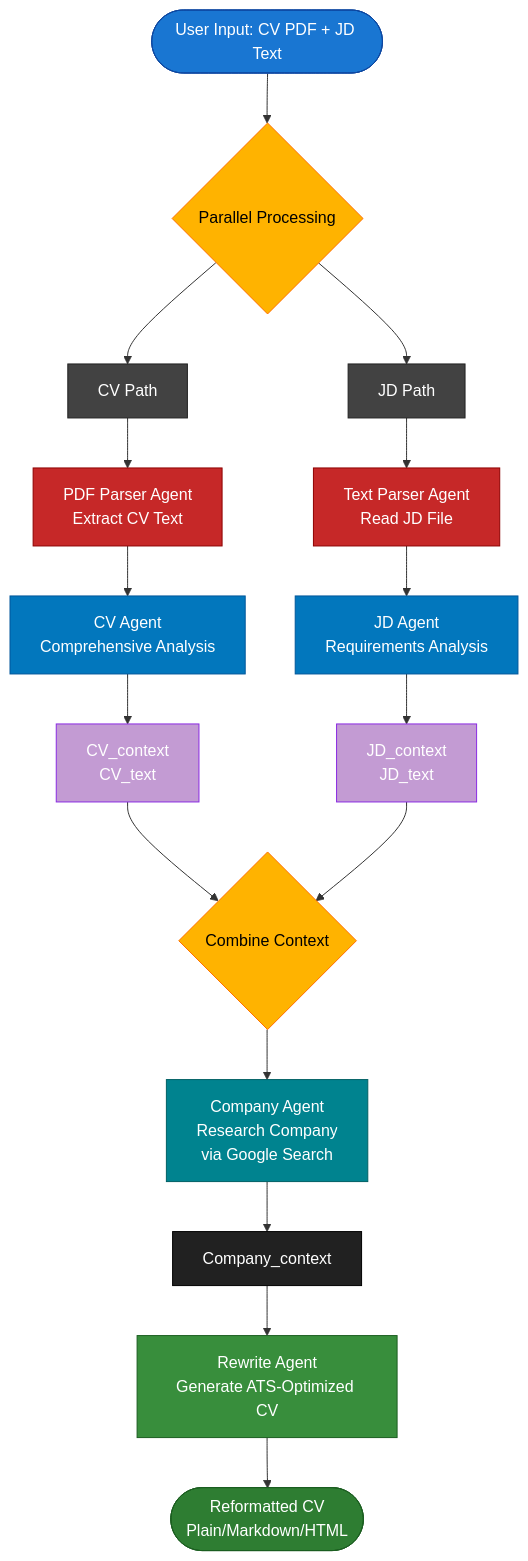
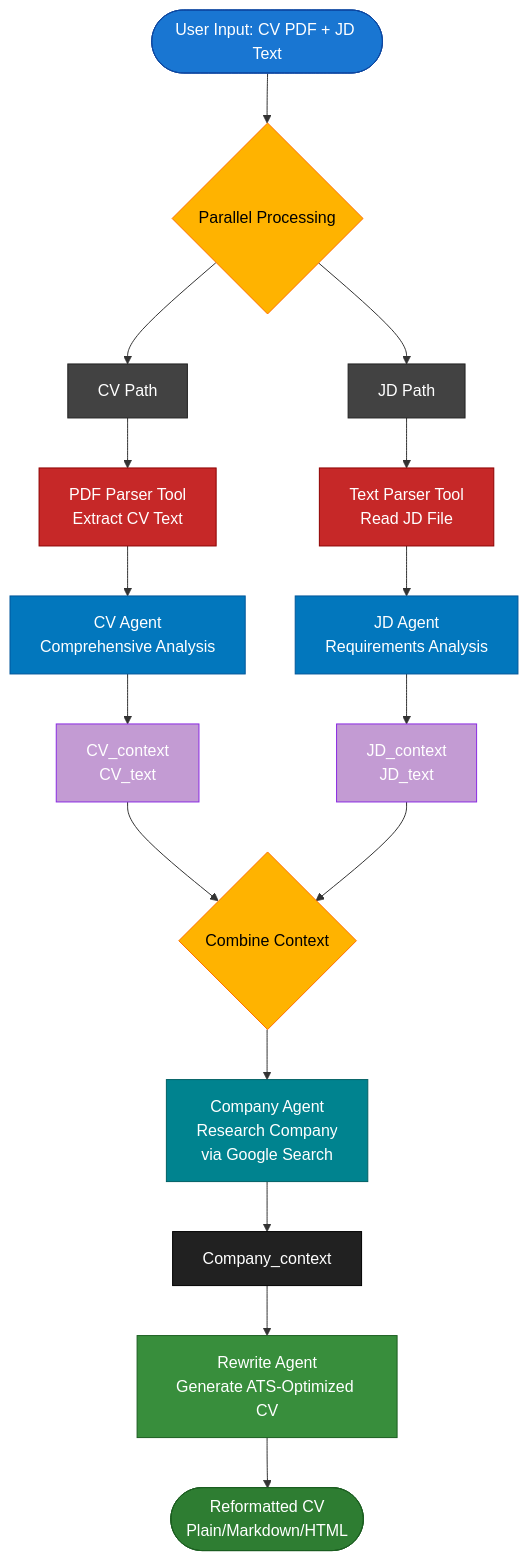
Before and after one commit to dkroy1746/CV_Rewriter_MultiAgent_Google_ADK_Project: the diagram in README.md, drawn with Mermaid. The commit also changed other lines of this file and 1 other file, not shown here.

````diff
--- a/README.md
+++ b/README.md
@@ -47,47 +44,47 @@
 ```mermaid
 graph TD
     Start([User Input: CV PDF + JD Text]) --> ParallelStart{Parallel Processing}
 
     ParallelStart --> CVPath[CV Path]
     ParallelStart --> JDPath[JD Path]
 
-    CVPath --> PDFParser[PDF Parser Agent<br/>Extract CV Text]
+    CVPath --> PDFParser[PDF Parser Tool<br/>Extract CV Text]
     PDFParser --> CVAgent[CV Agent<br/>Comprehensive Analysis]
     CVAgent --> CVContext[CV_context<br/>CV_text]
 
-    JDPath --> TxtParser[Text Parser Agent<br/>Read JD File]
+    JDPath --> TxtParser[Text Parser Tool<br/>Read JD File]
     TxtParser --> JDAgent[JD Agent<br/>Requirements Analysis]
     JDAgent --> JDContext[JD_context<br/>JD_text]
 
     CVContext --> Merge{Combine Context}
     JDContext --> Merge
 
     Merge --> CompanyAgent[Company Agent<br/>Research Company<br/>via Google Search]
     CompanyAgent --> CompanyContext[Company_context]
 
     CompanyContext --> RewriteAgent[Rewrite Agent<br/>Generate ATS-Optimized CV]
 
     RewriteAgent --> Output([Reformatted CV<br/>Plain/Markdown/HTML])
 
     style Start fill:#1976d2,stroke:#0d47a1,color:#ffffff
     style Output fill:#2e7d32,stroke:#1b5e20,color:#ffffff
 
     style ParallelStart fill:#ffb300,stroke:#ff6f00,color:#000000
     style Merge fill:#ffb300,stroke:#ff6f00,color:#000000
 
     style CVPath fill:#424242,stroke:#212121,color:#ffffff
     style JDPath fill:#424242,stroke:#212121,color:#ffffff
 
     style PDFParser fill:#c62828,stroke:#8e0000,color:#ffffff
     style TxtParser fill:#c62828,stroke:#8e0000,color:#ffffff
 
     style CVAgent fill:#0277bd,stroke:#01579b,color:#ffffff
     style JDAgent fill:#0277bd,stroke:#01579b,color:#ffffff
     style CompanyAgent fill:#00838f,stroke:#006064,color:#ffffff
 
     style CVContext fill:#C39BD3,stroke:#8A2BE2,color:#FFFFFF
     style JDContext fill:#C39BD3,stroke:#8A2BE2,color:#FFFFFF
     style CompanyContext fill:#212121,stroke:#000000,color:#ffffff
 
     style RewriteAgent fill:#388e3c,stroke:#1b5e20,color:#ffffff
 ```
````
